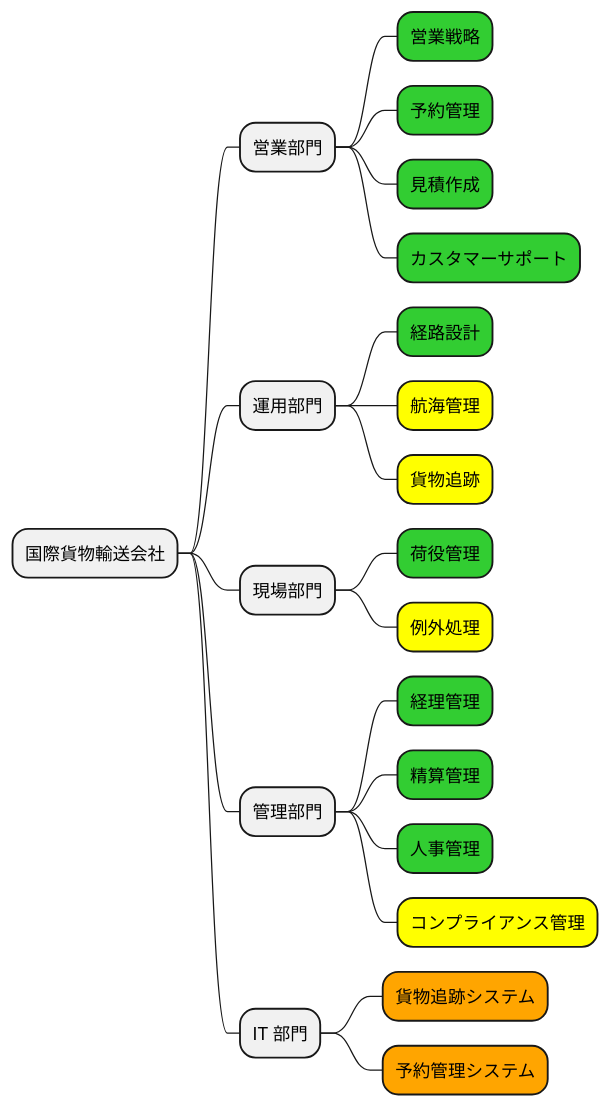
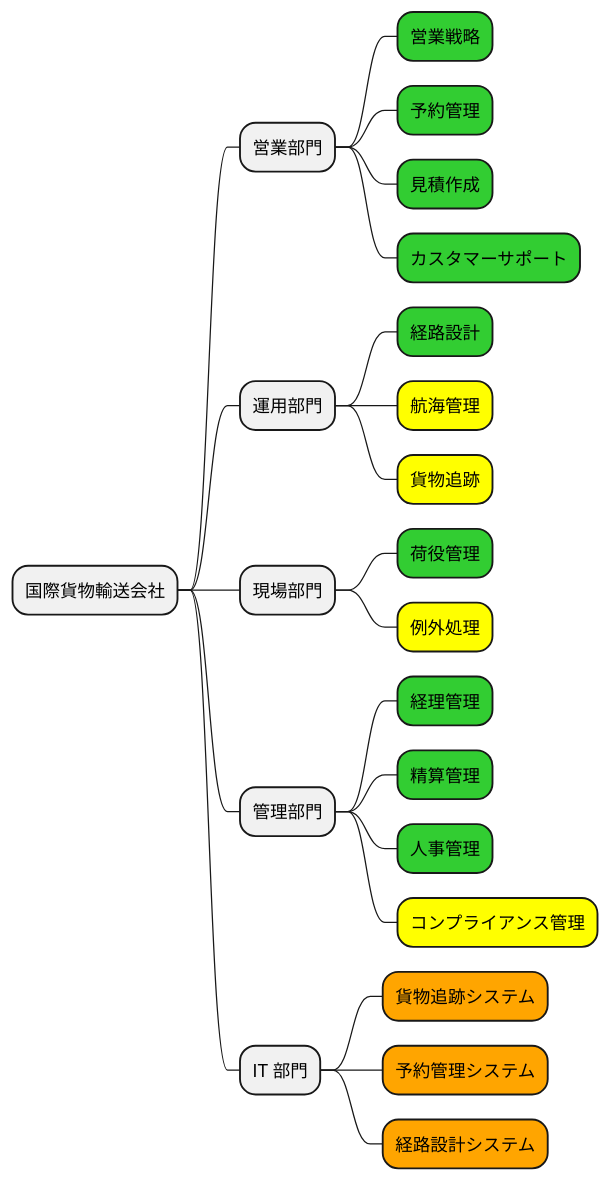
Before and after one commit to k2works/case-study-cargo-tracker: the fifth of 12 diagrams in docs/strategy/business_architecture.md, drawn with PlantUML. The commit also changed other lines of this file and 1 other file, not shown here.

````diff
--- a/docs/strategy/business_architecture.md
+++ b/docs/strategy/business_architecture.md
@@ -218,27 +220,28 @@
 ```plantuml
 @startmindmap
 
 * 国際貨物輸送会社
 ** 営業部門
 ***[#limegreen] 営業戦略
 ***[#limegreen] 予約管理
 ***[#limegreen] 見積作成
 ***[#limegreen] カスタマーサポート
 ** 運用部門
 ***[#limegreen] 経路設計
 ***[#yellow] 航海管理
 ***[#yellow] 貨物追跡
 ** 現場部門
 ***[#limegreen] 荷役管理
 ***[#yellow] 例外処理
 ** 管理部門
 ***[#limegreen] 経理管理
 ***[#limegreen] 精算管理
 ***[#limegreen] 人事管理
 ***[#yellow] コンプライアンス管理
 ** IT 部門
 ***[#orange] 貨物追跡システム
 ***[#orange] 予約管理システム
+***[#orange] 経路設計システム
 
 @endmindmap
 ```
````
